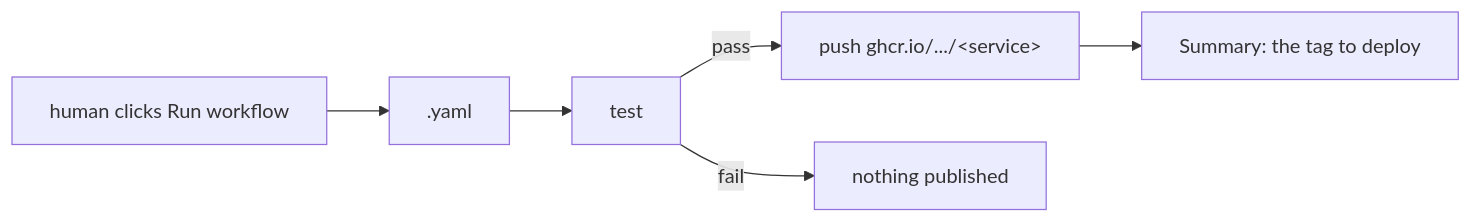
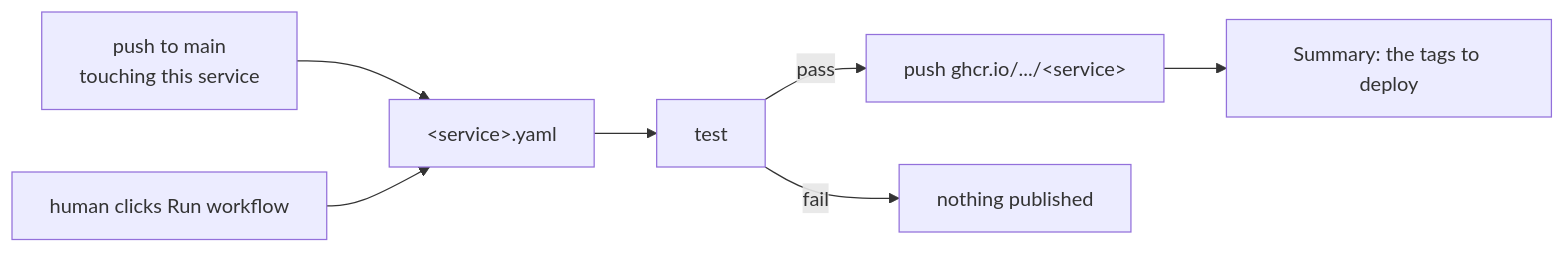
The first of 2 diagrams in docs/images.md (cucumberone/fire-watch), drawn with Mermaid before and after one commit. The commit also changed other lines of this file and 6 other files, not shown here.

First line of the commit message:
Build images on a path-filtered push to main

````diff
--- a/docs/images.md
+++ b/docs/images.md
@@ -25,8 +51,9 @@
 ```mermaid
 flowchart LR
-  H[human clicks Run workflow] --> W[<service>.yaml]
+  A[push to main<br/>touching this service] --> W[&lt;service&gt;.yaml]
+  H[human clicks Run workflow] --> W
   W --> T[test]
   T -->|pass| P[push ghcr.io/.../&lt;service&gt;]
   T -->|fail| X[nothing published]
-  P --> S[Summary: the tag to deploy]
+  P --> S[Summary: the tags to deploy]
 ```
````
